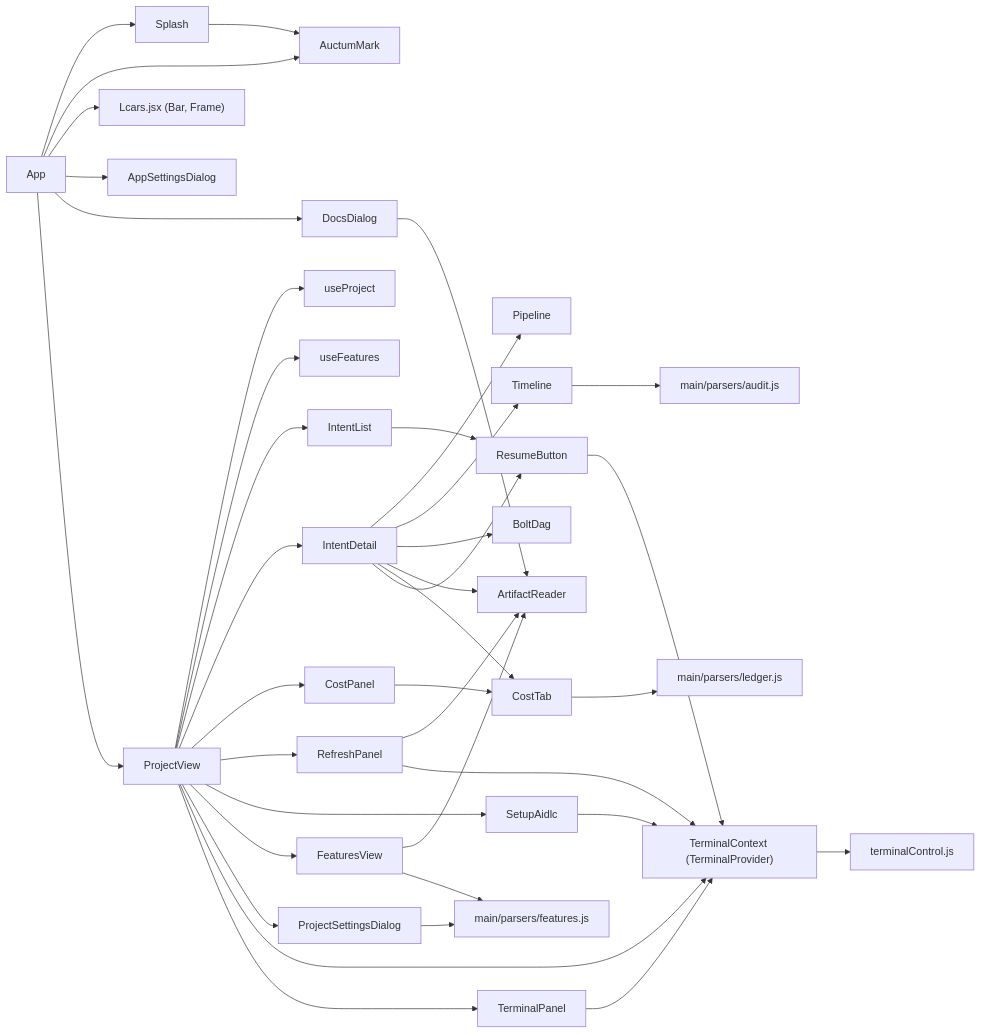
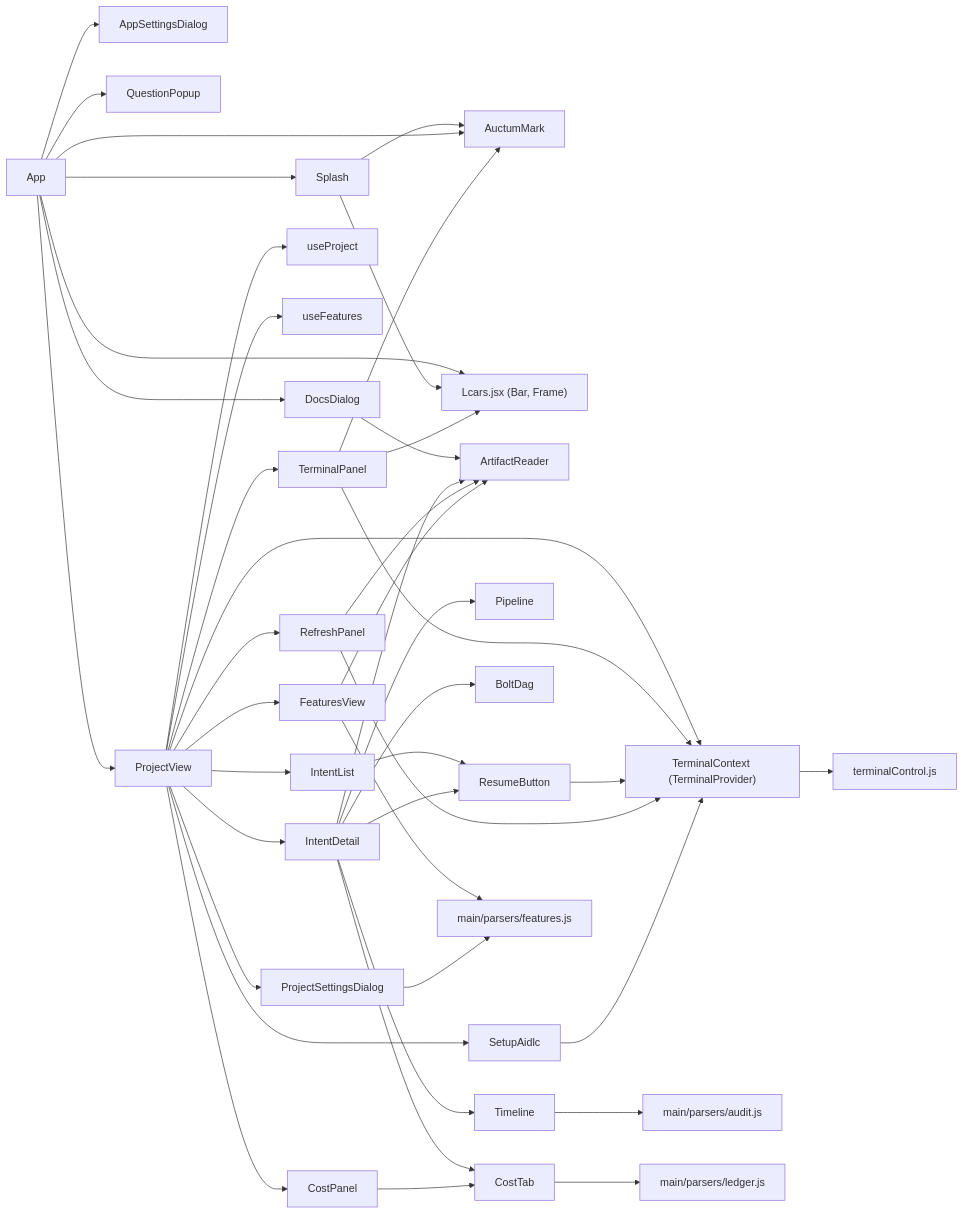
Before and after one commit to tochman/ai-dlc-thadeus: the diagram in aidlc/spaces/default/codekb/aidlc-dash/dependencies.md, drawn with Mermaid. The commit also changed other lines of this file and 57 other files, not shown here.

````diff
--- a/aidlc/spaces/default/codekb/aidlc-dash/dependencies.md
+++ b/aidlc/spaces/default/codekb/aidlc-dash/dependencies.md
@@ -26,34 +31,38 @@
 ```mermaid
 flowchart LR
   App --> Splash --> AuctumMark
   App --> AuctumMark
   App --> Lcars["Lcars.jsx (Bar, Frame)"]
+  Splash --> Lcars
   App --> AppSettingsDialog
   App --> DocsDialog --> ArtifactReader
+  App --> QuestionPopup
   App --> ProjectView
   ProjectView --> useProject
   ProjectView --> useFeatures
   ProjectView --> IntentList --> ResumeButton
   ProjectView --> IntentDetail
   IntentDetail --> Pipeline
   IntentDetail --> Timeline
   IntentDetail --> BoltDag
   IntentDetail --> ArtifactReader
   IntentDetail --> CostTab
   IntentDetail --> ResumeButton
   ProjectView --> CostPanel --> CostTab
   ProjectView --> RefreshPanel --> ArtifactReader
   ProjectView --> SetupAidlc
   ProjectView --> FeaturesView --> ArtifactReader
   ProjectView --> ProjectSettingsDialog
   ProjectView --> TerminalProvider["TerminalContext (TerminalProvider)"]
   ProjectView --> TerminalPanel --> TerminalProvider
+  TerminalPanel --> AuctumMark
+  TerminalPanel --> Lcars
   TerminalProvider --> TerminalControl["terminalControl.js"]
   ResumeButton --> TerminalProvider
   RefreshPanel --> TerminalProvider
   SetupAidlc --> TerminalProvider
   Timeline --> AuditParser["main/parsers/audit.js"]
   CostTab --> LedgerParser["main/parsers/ledger.js"]
   FeaturesView --> FeaturesParser["main/parsers/features.js"]
   ProjectSettingsDialog --> FeaturesParser
 ```
````
